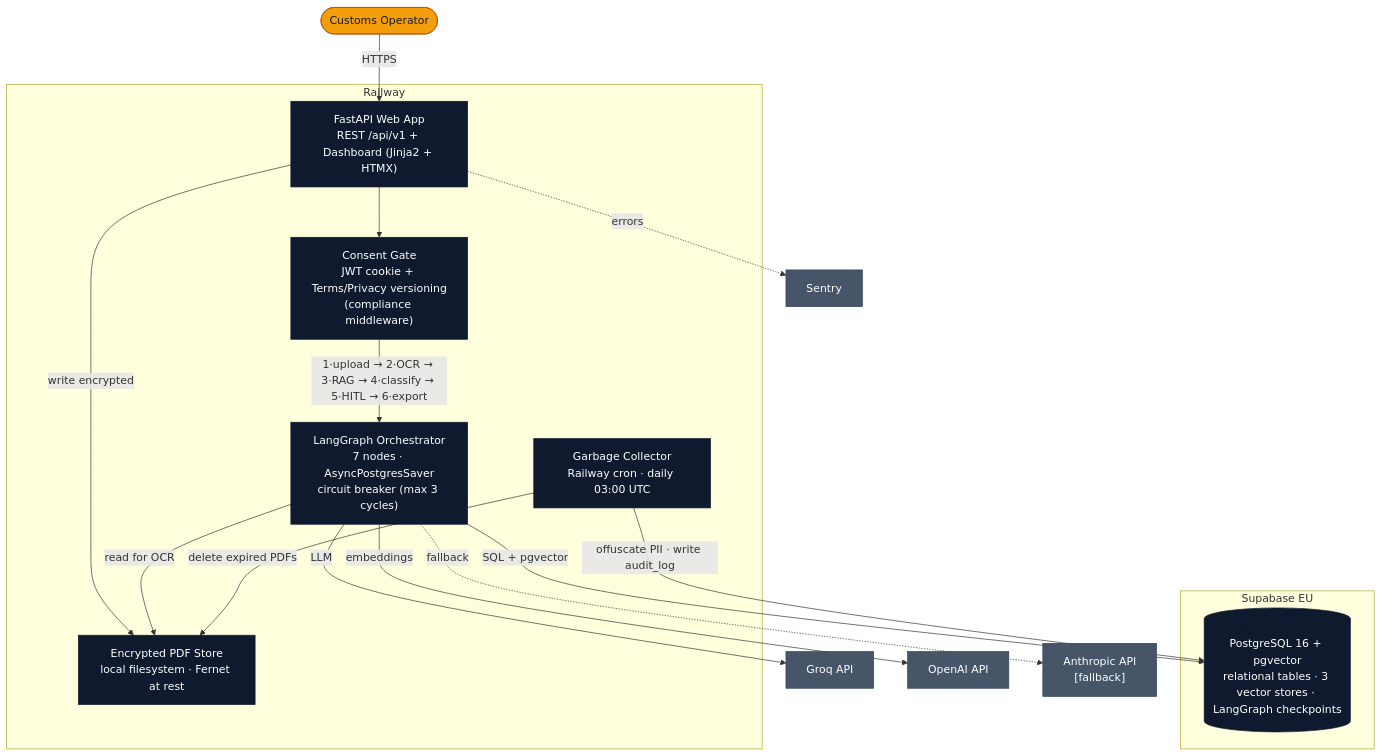
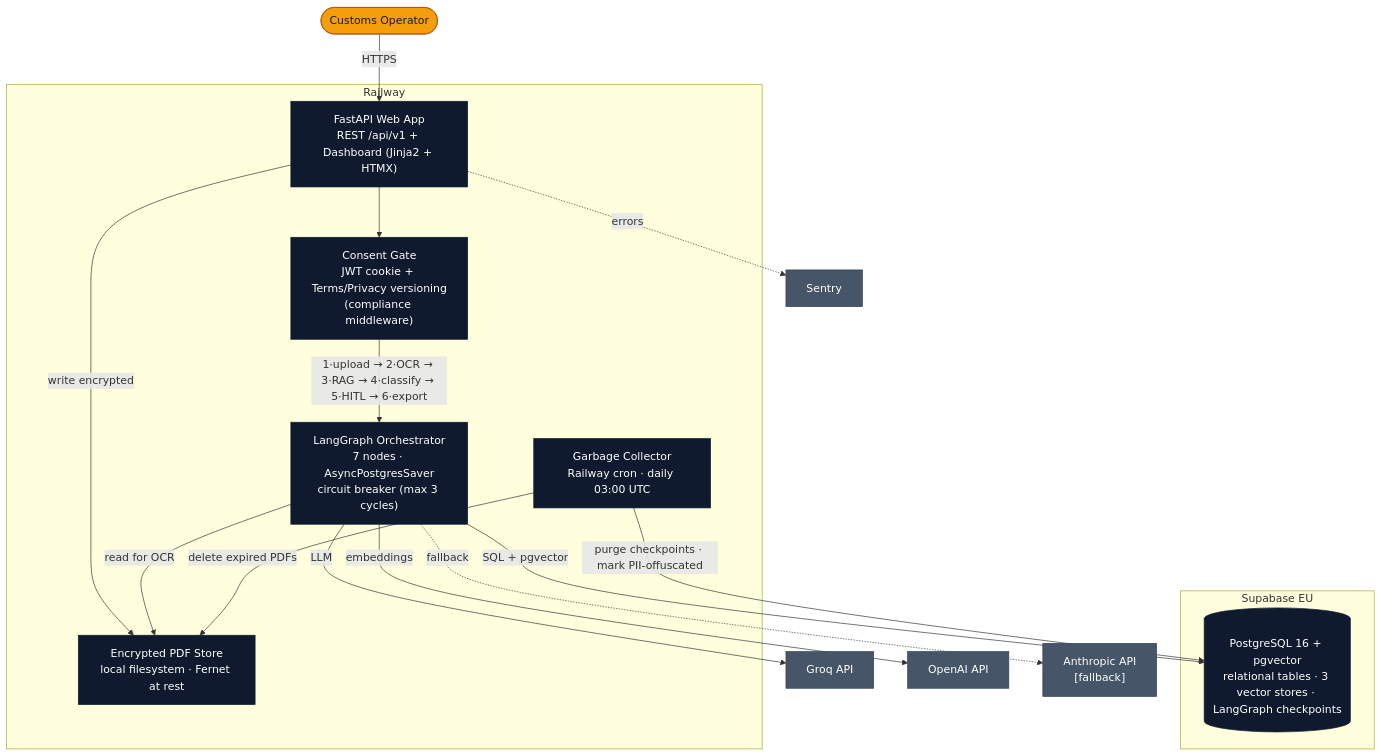
The second of 3 diagrams in ARCHITECTURE.md (AndreaTierno-stack/atlas-hs-classifier), drawn with Mermaid before and after one commit. The commit also changed other lines of this file, not shown here.

Commit message:
docs(architecture): correct GC edge label, clarify admin role enforcement status

````diff
--- a/ARCHITECTURE.md
+++ b/ARCHITECTURE.md
@@ -43,41 +43,41 @@
 ```mermaid
 flowchart TB
     operator(["Customs Operator"])
 
     subgraph railway["Railway"]
         api["FastAPI Web App<br/>REST /api/v1 + Dashboard (Jinja2 + HTMX)"]
         consent["Consent Gate<br/>JWT cookie + Terms/Privacy versioning<br/>(compliance middleware)"]
         orch["LangGraph Orchestrator<br/>7 nodes · AsyncPostgresSaver<br/>circuit breaker (max 3 cycles)"]
         pdf["Encrypted PDF Store<br/>local filesystem · Fernet at rest"]
         gc["Garbage Collector<br/>Railway cron · daily 03:00 UTC"]
     end
 
     subgraph supa["Supabase EU"]
         db[("PostgreSQL 16 + pgvector<br/>relational tables · 3 vector stores · LangGraph checkpoints")]
     end
 
     groq["Groq API"]
     openai["OpenAI API"]
     anthropic["Anthropic API<br/>[fallback]"]
     sentry["Sentry"]
 
     operator -->|"HTTPS"| api
     api --> consent
     consent -->|"1·upload → 2·OCR → 3·RAG → 4·classify → 5·HITL → 6·export"| orch
     api -->|"write encrypted"| pdf
     orch -->|"read for OCR"| pdf
     orch -->|"SQL + pgvector"| db
     orch -->|"LLM"| groq
     orch -.->|"fallback"| anthropic
     orch -->|"embeddings"| openai
     gc -->|"delete expired PDFs"| pdf
-    gc -->|"offuscate PII · write audit_log"| db
+    gc -->|"purge checkpoints · mark PII-offuscated"| db
     api -.->|"errors"| sentry
 
     classDef system fill:#0F1A2E,color:#fff,stroke:#0F1A2E
     classDef actor fill:#F59E0B,color:#0F1A2E,stroke:#B45309
     classDef external fill:#475569,color:#fff,stroke:#334155
     class api,consent,orch,pdf,gc,db system
     class operator actor
     class groq,openai,anthropic,sentry external
 ```
````
